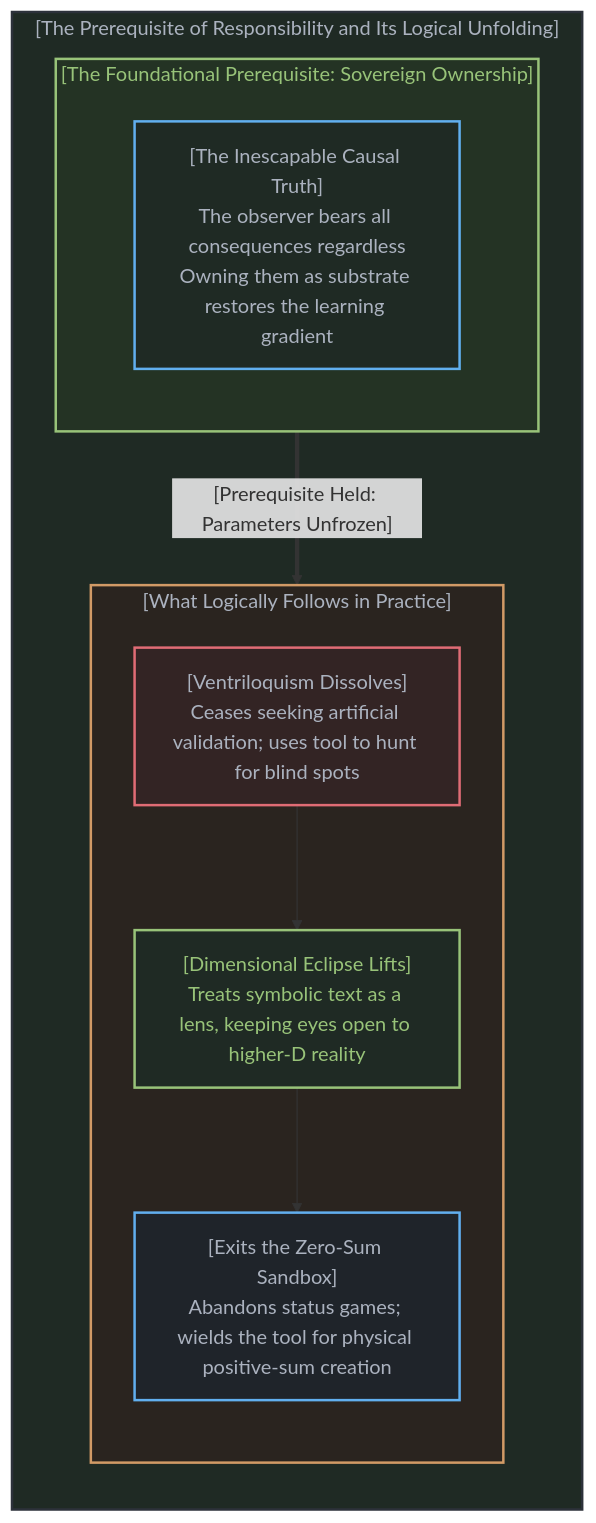
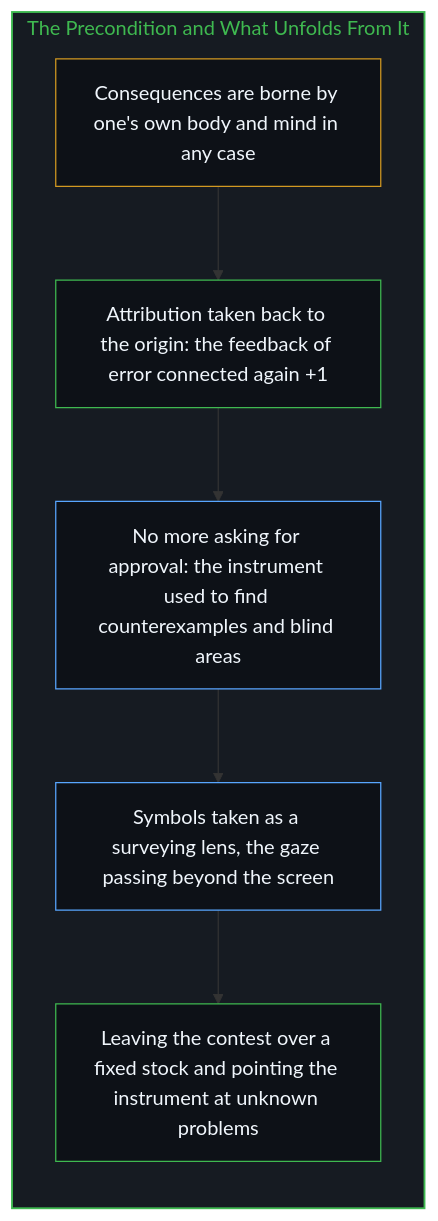
The tenth of 10 diagrams in content/posts/the-sovereign-blinding.md (powerpig99/not-a-toe), drawn with Mermaid before and after one commit. The commit also changed other lines of this file and 2 other files, not shown here.

Commit message:
Refine the-sovereign-blinding: alternating bilingual layout, five paired diagrams, the scholar unnamed in both languages, implicit first person

````diff
--- a/content/posts/the-sovereign-blinding.md
+++ b/content/posts/the-sovereign-blinding.md
@@ -493,31 +286,22 @@
 ```mermaid
-graph TD
-    subgraph ResponsibilitySingularityEN["[The Prerequisite of Responsibility and Its Logical Unfolding]"]
+flowchart TD
+    subgraph S_Own["The Precondition and What Unfolds From It"]
         direction TB
-        
-        subgraph CorePrerequisiteEN["[The Foundational Prerequisite: Sovereign Ownership]"]
-            direction TB
-            OwnConsequenceEN["[The Inescapable Causal Truth]<br>The observer bears all consequences regardless<br>Owning them as substrate restores the learning gradient"]
-        end
-
-        subgraph NaturalUnfoldingEN["[What Logically Follows in Practice]"]
-            direction TB
-            VentriloquismDiesEN["[Ventriloquism Dissolves]<br>Ceases seeking artificial validation; uses tool to hunt for blind spots"]
-            EclipsePiercedEN["[Dimensional Eclipse Lifts]<br>Treats symbolic text as a lens, keeping eyes open to higher-D reality"]
-            ExitSandboxEN["[Exits the Zero-Sum Sandbox]<br>Abandons status games; wields the tool for physical positive-sum creation"]
-            
-            VentriloquismDiesEN --> EclipsePiercedEN
-            EclipsePiercedEN --> ExitSandboxEN
-        end
-
-        CorePrerequisiteEN ==>|"[Prerequisite Held: Parameters Unfrozen]"| NaturalUnfoldingEN
+        Bear["Consequences are borne by one's own body and mind in any case"]
+        Claim["Attribution taken back to the origin: the feedback of error connected again +1"]
+        Probe["No more asking for approval: the instrument used to find counterexamples and blind areas"]
+        Lift["Symbols taken as a surveying lens, the gaze passing beyond the screen"]
+        Out["Leaving the contest over a fixed stock and pointing the instrument at unknown problems"]
+        Bear --> Claim
+        Claim --> Probe
+        Probe --> Lift
+        Lift --> Out
     end
 
-    style ResponsibilitySingularityEN fill:#1f2a24,stroke:#2c313a,stroke-width:2px,color:#abb2bf
-    style CorePrerequisiteEN fill:#243324,stroke:#98c379,stroke-width:2px,color:#98c379
-    style OwnConsequenceEN fill:#1f2a24,stroke:#61afef,stroke-width:2px,color:#abb2bf
-    style NaturalUnfoldingEN fill:#2a241f,stroke:#d19a66,stroke-width:2px,color:#abb2bf
-    style VentriloquismDiesEN fill:#332424,stroke:#e06c75,stroke-width:2px,color:#abb2bf
-    style EclipsePiercedEN fill:#1f2a24,stroke:#98c379,stroke-width:2px,color:#98c379
-    style ExitSandboxEN fill:#1f242a,stroke:#61afef,stroke-width:2px,color:#abb2bf
+    style S_Own fill:#161b22,stroke:#3fb950,stroke-width:1.5px,color:#3fb950
+    style Bear fill:#0d1117,stroke:#d29922,stroke-width:1px,color:#f0f6fc
+    style Claim fill:#0d1117,stroke:#3fb950,stroke-width:1px,color:#f0f6fc
+    style Probe fill:#0d1117,stroke:#58a6ff,stroke-width:1px,color:#f0f6fc
+    style Lift fill:#0d1117,stroke:#58a6ff,stroke-width:1px,color:#f0f6fc
+    style Out fill:#0d1117,stroke:#3fb950,stroke-width:1px,color:#f0f6fc
 ```
````
